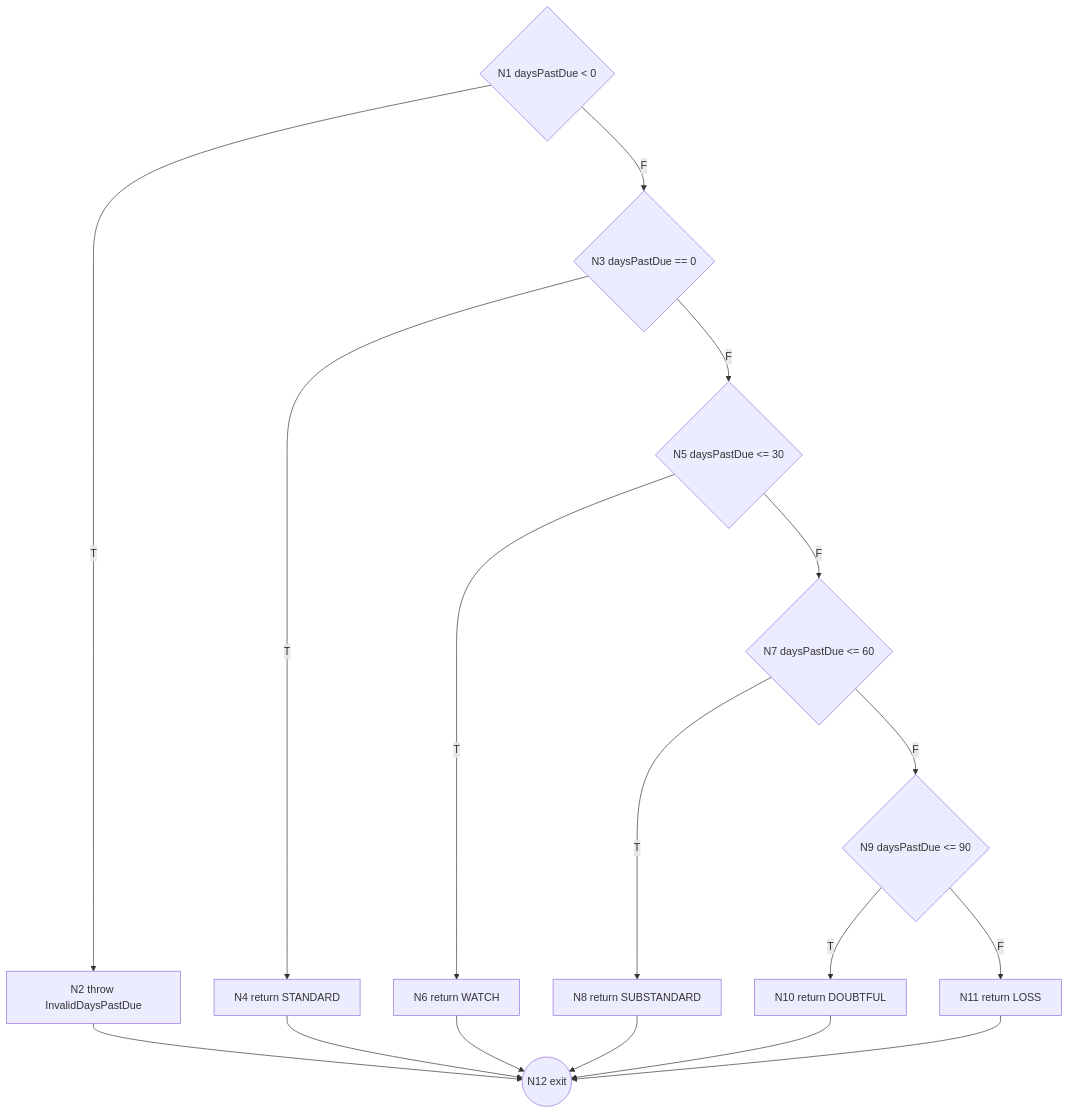
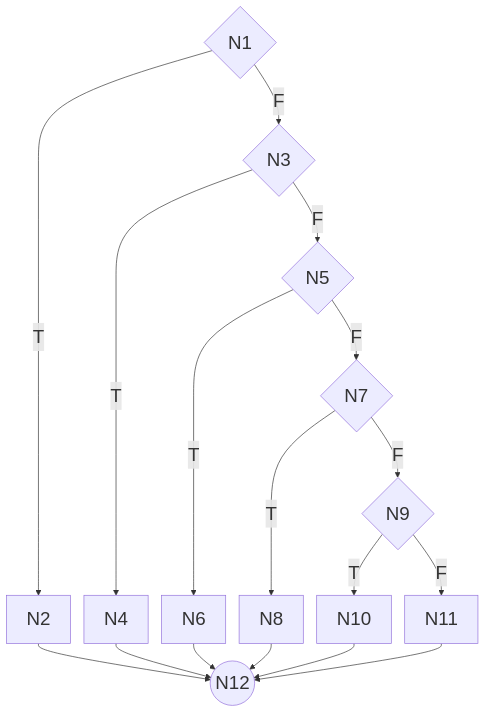
One commit to MicroLend-SE423/microlend changed the second of 3 diagrams in qa/test-design/white-box.md. Above: the diagram before and after it, drawn with Mermaid. The commit also changed other lines of this file and 3 other files, not shown here.

First line of the commit message:
docs: PDF layout fixes for QA tables and control-flow graphs

````diff
--- a/qa/test-design/white-box.md
+++ b/qa/test-design/white-box.md
@@ -251,19 +252,20 @@
 ```mermaid
+%%{init: {"themeVariables": {"fontSize": "28px"}, "flowchart": {"rankSpacing": 26, "nodeSpacing": 20}} }%%
 flowchart TD
-    N1{"N1 daysPastDue < 0"} -->|T| N2["N2 throw InvalidDaysPastDue"]
-    N1 -->|F| N3{"N3 daysPastDue == 0"}
-    N3 -->|T| N4["N4 return STANDARD"]
-    N3 -->|F| N5{"N5 daysPastDue <= 30"}
-    N5 -->|T| N6["N6 return WATCH"]
-    N5 -->|F| N7{"N7 daysPastDue <= 60"}
-    N7 -->|T| N8["N8 return SUBSTANDARD"]
-    N7 -->|F| N9{"N9 daysPastDue <= 90"}
-    N9 -->|T| N10["N10 return DOUBTFUL"]
-    N9 -->|F| N11["N11 return LOSS"]
-    N2 --> N12(("N12 exit"))
+    N1{"N1"} -->|T| N2["N2"]
+    N1 -->|F| N3{"N3"}
+    N3 -->|T| N4["N4"]
+    N3 -->|F| N5{"N5"}
+    N5 -->|T| N6["N6"]
+    N5 -->|F| N7{"N7"}
+    N7 -->|T| N8["N8"]
+    N7 -->|F| N9{"N9"}
+    N9 -->|T| N10["N10"]
+    N9 -->|F| N11["N11"]
+    N2 --> N12(("N12"))
     N4 --> N12
     N6 --> N12
     N8 --> N12
     N10 --> N12
     N11 --> N12
 ```
````
